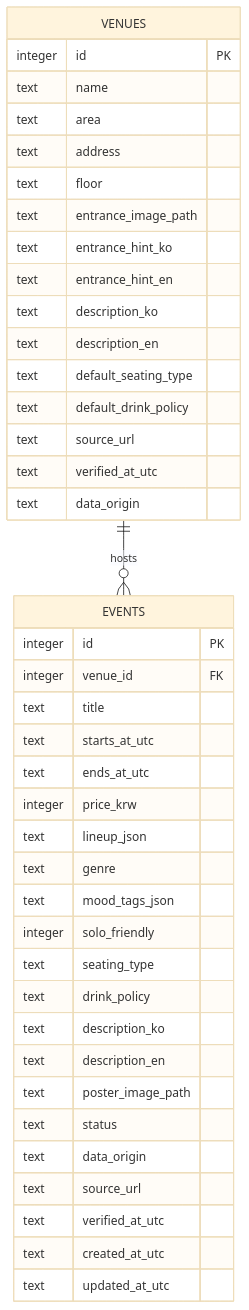
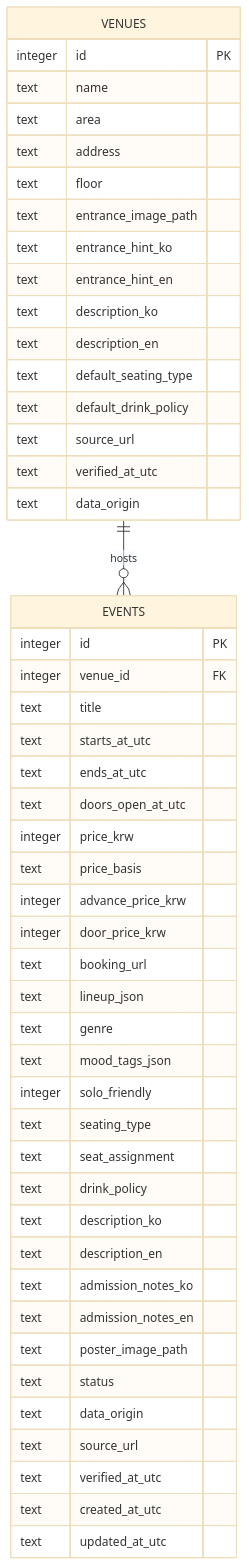
The diagram in docs/DATABASE.md (JinseoHong0/AMP), drawn with Mermaid (base theme) before and after one commit. The commit also changed other lines of this file and 6 other files, not shown here.

````diff
--- a/docs/DATABASE.md
+++ b/docs/DATABASE.md
@@ -17,44 +19,52 @@
 ```mermaid
 erDiagram
-  VENUES ||--o{ EVENTS : hosts
-  VENUES {
-    integer id PK
-    text name
-    text area
-    text address
-    text floor
-    text entrance_image_path
-    text entrance_hint_ko
-    text entrance_hint_en
-    text description_ko
-    text description_en
-    text default_seating_type
-    text default_drink_policy
-    text source_url
-    text verified_at_utc
-    text data_origin
-  }
-  EVENTS {
-    integer id PK
-    integer venue_id FK
-    text title
-    text starts_at_utc
-    text ends_at_utc
-    integer price_krw
-    text lineup_json
-    text genre
-    text mood_tags_json
-    integer solo_friendly
-    text seating_type
-    text drink_policy
-    text description_ko
-    text description_en
-    text poster_image_path
-    text status
-    text data_origin
-    text source_url
-    text verified_at_utc
-    text created_at_utc
-    text updated_at_utc
-  }
+    VENUES ||--o{ EVENTS : hosts
+    VENUES {
+        integer id PK
+        text name
+        text area
+        text address
+        text floor
+        text entrance_image_path
+        text entrance_hint_ko
+        text entrance_hint_en
+        text description_ko
+        text description_en
+        text default_seating_type
+        text default_drink_policy
+        text source_url
+        text verified_at_utc
+        text data_origin
+    }
+    EVENTS {
+        integer id PK
+        integer venue_id FK
+        text title
+        text starts_at_utc
+        text ends_at_utc
+        text doors_open_at_utc
+        integer price_krw
+        text price_basis
+        integer advance_price_krw
+        integer door_price_krw
+        text booking_url
+        text lineup_json
+        text genre
+        text mood_tags_json
+        integer solo_friendly
+        text seating_type
+        text seat_assignment
+        text drink_policy
+        text description_ko
+        text description_en
+        text admission_notes_ko
+        text admission_notes_en
+        text poster_image_path
+        text status
+        text data_origin
+        text source_url
+        text verified_at_utc
+        text created_at_utc
+        text updated_at_utc
+    }
 ```
````
